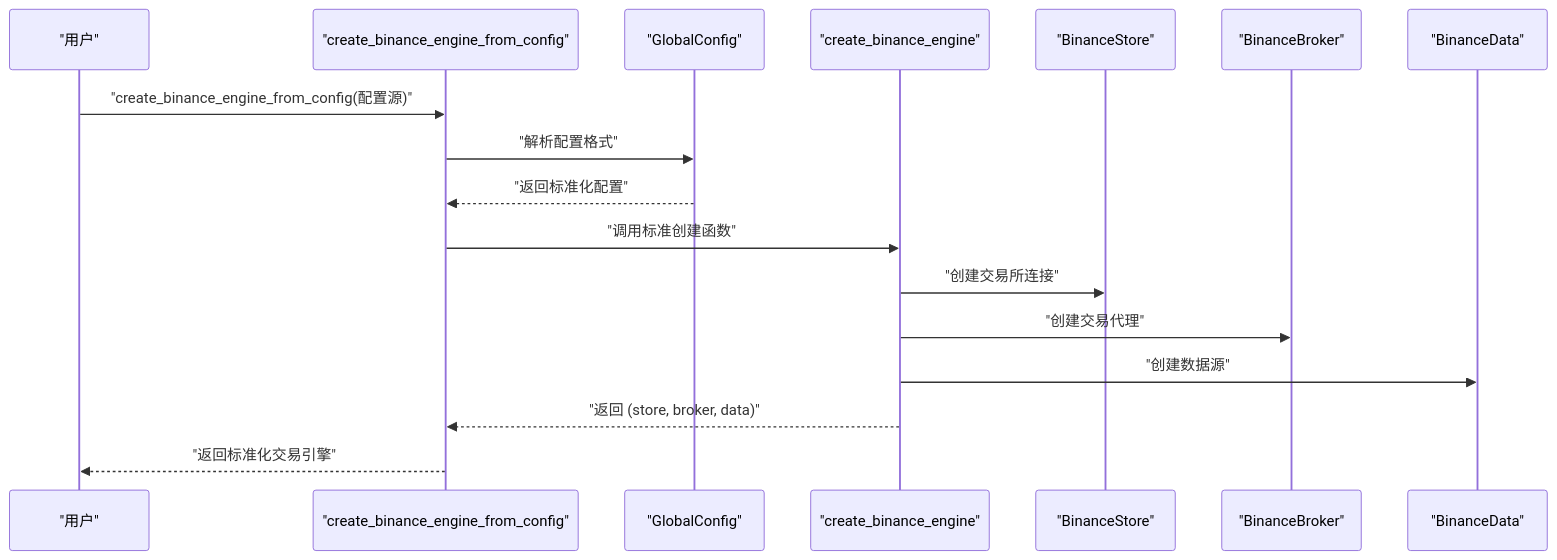
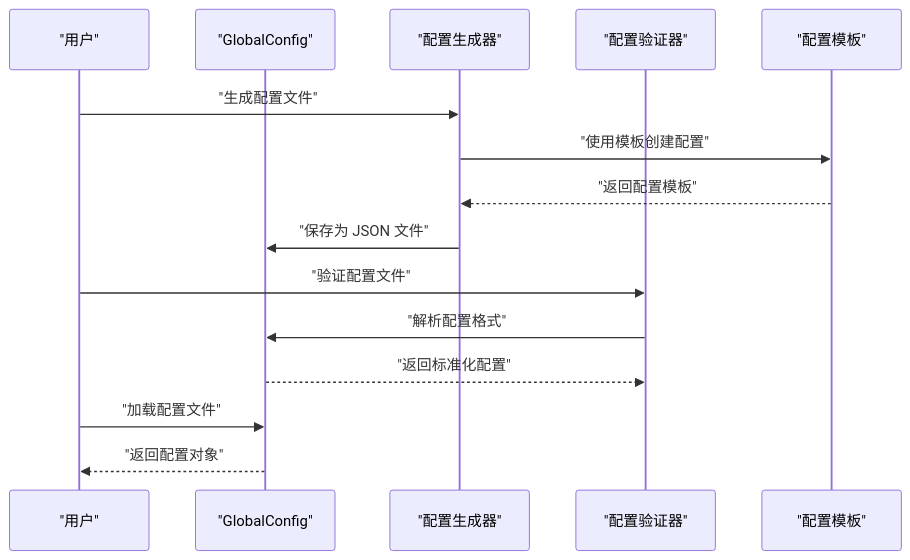
The second of 4 diagrams in .qoder/repowiki/zh/content/实盘交易模块/Binance交易所集成/配置管理系统.md (bench-prog/backtrader), drawn with Mermaid before and after one commit. The commit also changed other lines of this file and 40 other files, not shown here.

````diff
--- a/.qoder/repowiki/zh/content/实盘交易模块/Binance交易所集成/配置管理系统.md
+++ b/.qoder/repowiki/zh/content/实盘交易模块/Binance交易所集成/配置管理系统.md
@@ -101,19 +99,17 @@
 ```mermaid
 sequenceDiagram
 participant User as "用户"
-participant Factory as "create_binance_engine_from_config"
 participant Config as "GlobalConfig"
-participant Engine as "create_binance_engine"
-participant Store as "BinanceStore"
-participant Broker as "BinanceBroker"
-participant Data as "BinanceData"
-User->>Factory : "create_binance_engine_from_config(配置源)"
-Factory->>Config : "解析配置格式"
-Config-->>Factory : "返回标准化配置"
-Factory->>Engine : "调用标准创建函数"
-Engine->>Store : "创建交易所连接"
-Engine->>Broker : "创建交易代理"
-Engine->>Data : "创建数据源"
-Engine-->>Factory : "返回 (store, broker, data)"
-Factory-->>User : "返回标准化交易引擎"
+participant Generator as "配置生成器"
+participant Validator as "配置验证器"
+participant Template as "配置模板"
+User->>Generator : "生成配置文件"
+Generator->>Template : "使用模板创建配置"
+Template-->>Generator : "返回配置模板"
+Generator->>Config : "保存为 JSON 文件"
+User->>Validator : "验证配置文件"
+Validator->>Config : "解析配置格式"
+Config-->>Validator : "返回标准化配置"
+User->>Config : "加载配置文件"
+Config-->>User : "返回配置对象"
 ```
````
